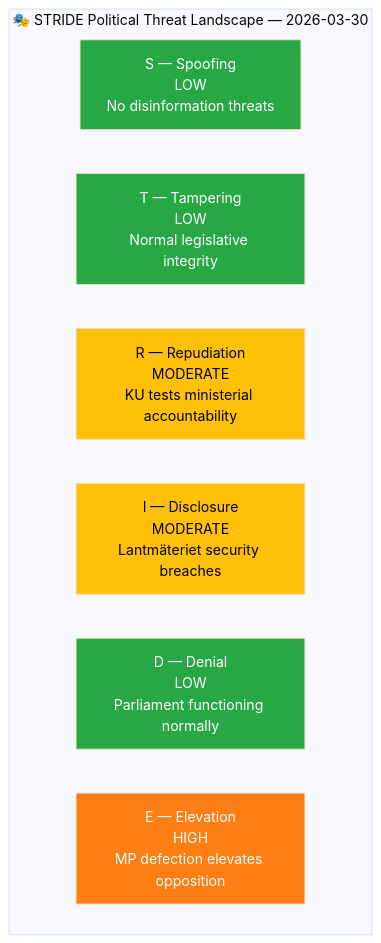
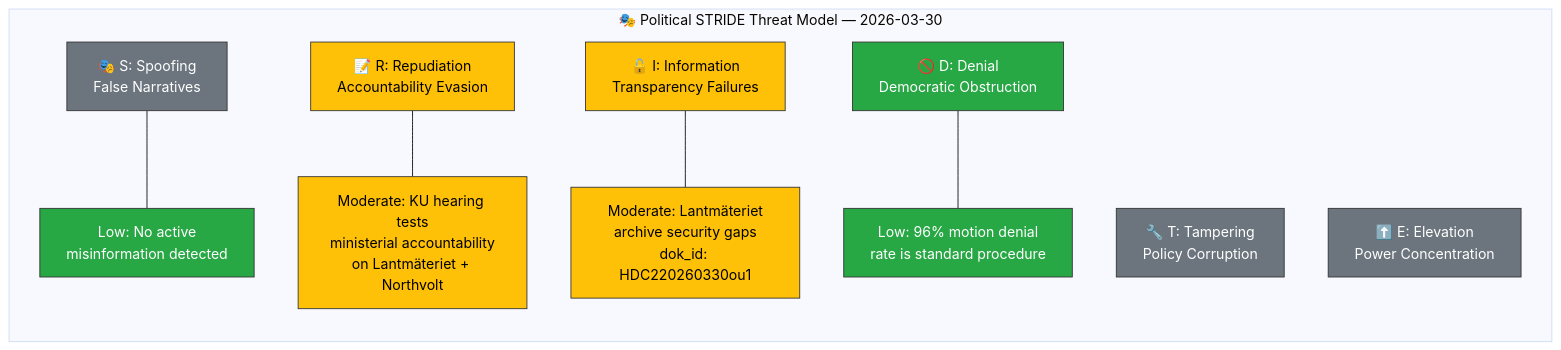
One commit to Hack23/riksdagsmonitor changed the diagram in analysis/daily/2026-03-30/threat-analysis.md. Above: the diagram before and after it, drawn with Mermaid (base theme). The commit also changed other lines of this file and 29 other files, not shown here.

First line of the commit message:
🔴 Breaking: KU Hearings on Northvolt/Lantmäteriet + M Party Defection - 2026-03-30

````diff
--- a/analysis/daily/2026-03-30/threat-analysis.md
+++ b/analysis/daily/2026-03-30/threat-analysis.md
@@ -16,18 +25,27 @@
 ```mermaid
-graph TD
-    subgraph "🎭 STRIDE Political Threat Landscape — 2026-03-30"
-        S["S — Spoofing<br/>LOW<br/>No disinformation threats"]
-        T["T — Tampering<br/>LOW<br/>Normal legislative integrity"]
-        R["R — Repudiation<br/>MODERATE<br/>KU tests ministerial accountability"]
-        I["I — Disclosure<br/>MODERATE<br/>Lantmäteriet security breaches"]
-        D["D — Denial<br/>LOW<br/>Parliament functioning normally"]
-        E["E — Elevation<br/>HIGH<br/>MP defection elevates opposition"]
+graph LR
+    subgraph "🎭 Political STRIDE Threat Model — 2026-03-30"
+        S["🎭 S: Spoofing<br/>False Narratives"]
+        T["🔧 T: Tampering<br/>Policy Corruption"]
+        R["📝 R: Repudiation<br/>Accountability Evasion"]
+        I["🔓 I: Information<br/>Transparency Failures"]
+        D["🚫 D: Denial<br/>Democratic Obstruction"]
+        E["⬆️ E: Elevation<br/>Power Concentration"]
+
+        S --- S1["Low: No active<br/>misinformation detected"]
+        R --- R1["Moderate: KU hearing tests<br/>ministerial accountability<br/>on Lantmäteriet + Northvolt"]
+        I --- I1["Moderate: Lantmäteriet<br/>archive security gaps<br/>dok_id: HDC220260330ou1"]
+        D --- D1["Low: 96% motion denial<br/>rate is standard procedure"]
     end
 
-    style S fill:#28a745,color:#fff
-    style T fill:#28a745,color:#fff
-    style R fill:#ffc107,color:#000
-    style I fill:#ffc107,color:#000
-    style D fill:#28a745,color:#fff
-    style E fill:#fd7e14,color:#fff
+    style S fill:#6c757d,stroke:#333,color:#fff
+    style T fill:#6c757d,stroke:#333,color:#fff
+    style R fill:#ffc107,stroke:#333,color:#000
+    style I fill:#ffc107,stroke:#333,color:#000
+    style D fill:#28a745,stroke:#333,color:#fff
+    style E fill:#6c757d,stroke:#333,color:#fff
+    style S1 fill:#28a745,stroke:#333,color:#fff
+    style R1 fill:#ffc107,stroke:#333,color:#000
+    style I1 fill:#ffc107,stroke:#333,color:#000
+    style D1 fill:#28a745,stroke:#333,color:#fff
 ```
````
